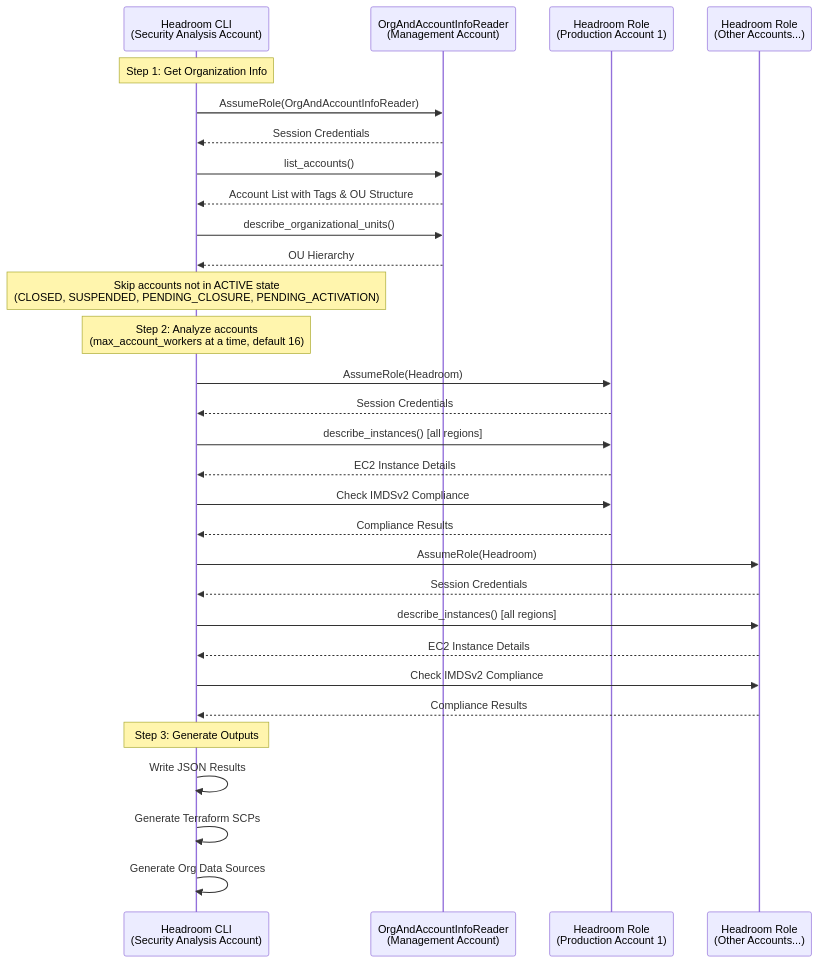
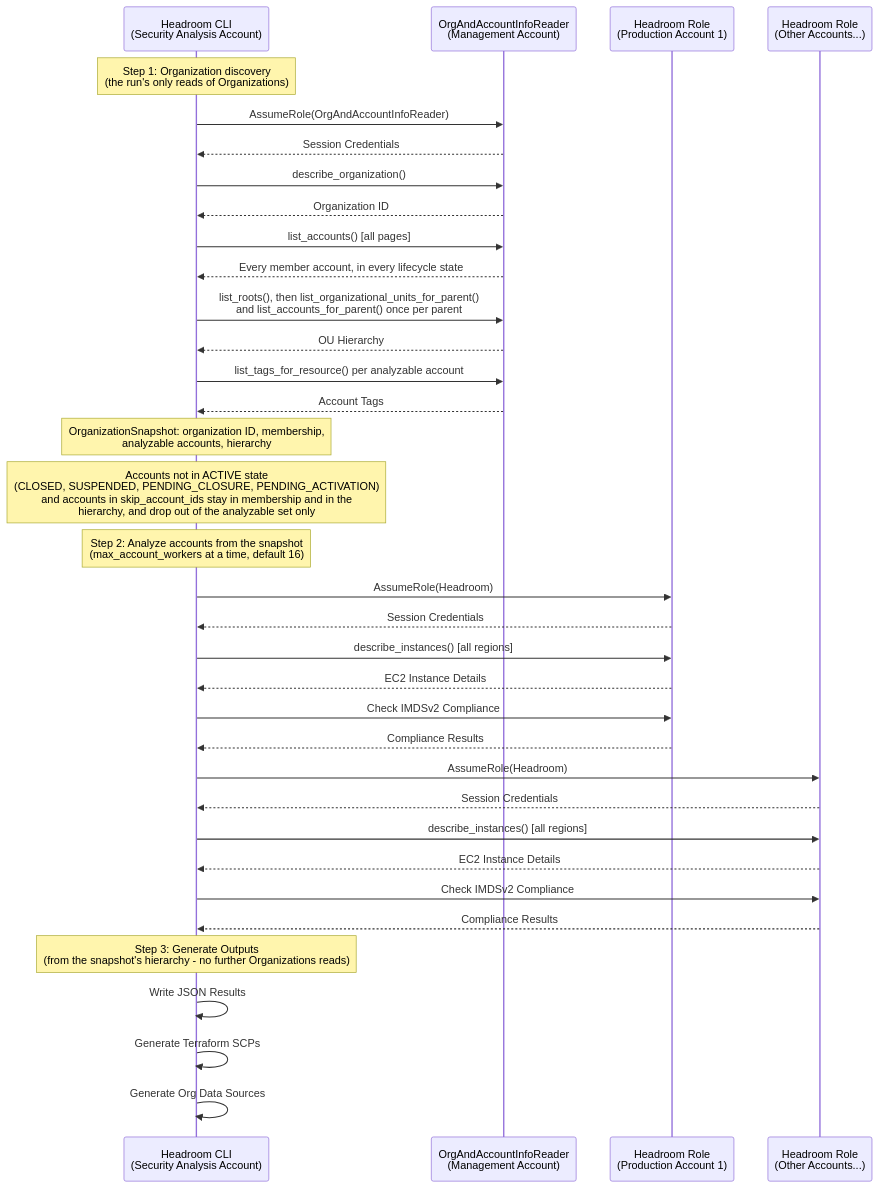
Before and after one commit to discocrayon/Headroom: the second of 2 diagrams in documentation/ARCHITECTURE.md, drawn with Mermaid. The commit also changed other lines of this file and 9 other files, not shown here.

First line of the commit message:
Describe organization discovery as the one pass it now is

````diff
--- a/documentation/ARCHITECTURE.md
+++ b/documentation/ARCHITECTURE.md
@@ -110,36 +113,41 @@
 ```mermaid
 sequenceDiagram
     participant Tool as Headroom CLI<br/>(Security Analysis Account)
     participant Mgmt as OrgAndAccountInfoReader<br/>(Management Account)
     participant Prod1 as Headroom Role<br/>(Production Account 1)
     participant ProdN as Headroom Role<br/>(Other Accounts...)
 
-    Note over Tool: Step 1: Get Organization Info
+    Note over Tool: Step 1: Organization discovery<br/>(the run's only reads of Organizations)
     Tool->>Mgmt: AssumeRole(OrgAndAccountInfoReader)
     Mgmt-->>Tool: Session Credentials
-    Tool->>Mgmt: list_accounts()
-    Mgmt-->>Tool: Account List with Tags & OU Structure
-    Tool->>Mgmt: describe_organizational_units()
+    Tool->>Mgmt: describe_organization()
+    Mgmt-->>Tool: Organization ID
+    Tool->>Mgmt: list_accounts() [all pages]
+    Mgmt-->>Tool: Every member account, in every lifecycle state
+    Tool->>Mgmt: list_roots(), then list_organizational_units_for_parent()<br/>and list_accounts_for_parent() once per parent
     Mgmt-->>Tool: OU Hierarchy
-    Note over Tool: Skip accounts not in ACTIVE state<br/>(CLOSED, SUSPENDED, PENDING_CLOSURE, PENDING_ACTIVATION)
+    Tool->>Mgmt: list_tags_for_resource() per analyzable account
+    Mgmt-->>Tool: Account Tags
+    Note over Tool: OrganizationSnapshot: organization ID, membership,<br/>analyzable accounts, hierarchy
+    Note over Tool: Accounts not in ACTIVE state<br/>(CLOSED, SUSPENDED, PENDING_CLOSURE, PENDING_ACTIVATION)<br/>and accounts in skip_account_ids stay in membership and in the<br/>hierarchy, and drop out of the analyzable set only
 
-    Note over Tool: Step 2: Analyze accounts<br/>(max_account_workers at a time, default 16)
+    Note over Tool: Step 2: Analyze accounts from the snapshot<br/>(max_account_workers at a time, default 16)
     Tool->>Prod1: AssumeRole(Headroom)
     Prod1-->>Tool: Session Credentials
     Tool->>Prod1: describe_instances() [all regions]
     Prod1-->>Tool: EC2 Instance Details
     Tool->>Prod1: Check IMDSv2 Compliance
     Prod1-->>Tool: Compliance Results
 
     Tool->>ProdN: AssumeRole(Headroom)
     ProdN-->>Tool: Session Credentials
     Tool->>ProdN: describe_instances() [all regions]
     ProdN-->>Tool: EC2 Instance Details
     Tool->>ProdN: Check IMDSv2 Compliance
     ProdN-->>Tool: Compliance Results
 
-    Note over Tool: Step 3: Generate Outputs
+    Note over Tool: Step 3: Generate Outputs<br/>(from the snapshot's hierarchy - no further Organizations reads)
     Tool->>Tool: Write JSON Results
     Tool->>Tool: Generate Terraform SCPs
     Tool->>Tool: Generate Org Data Sources
 ```
````
